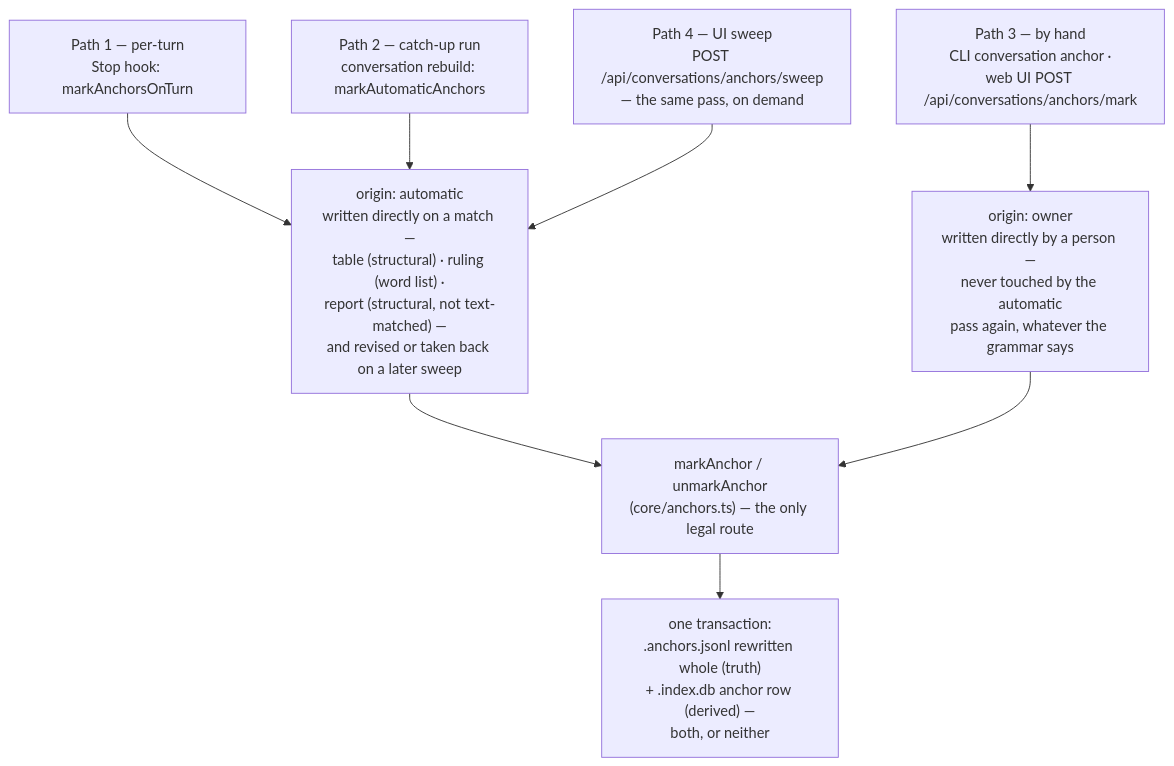
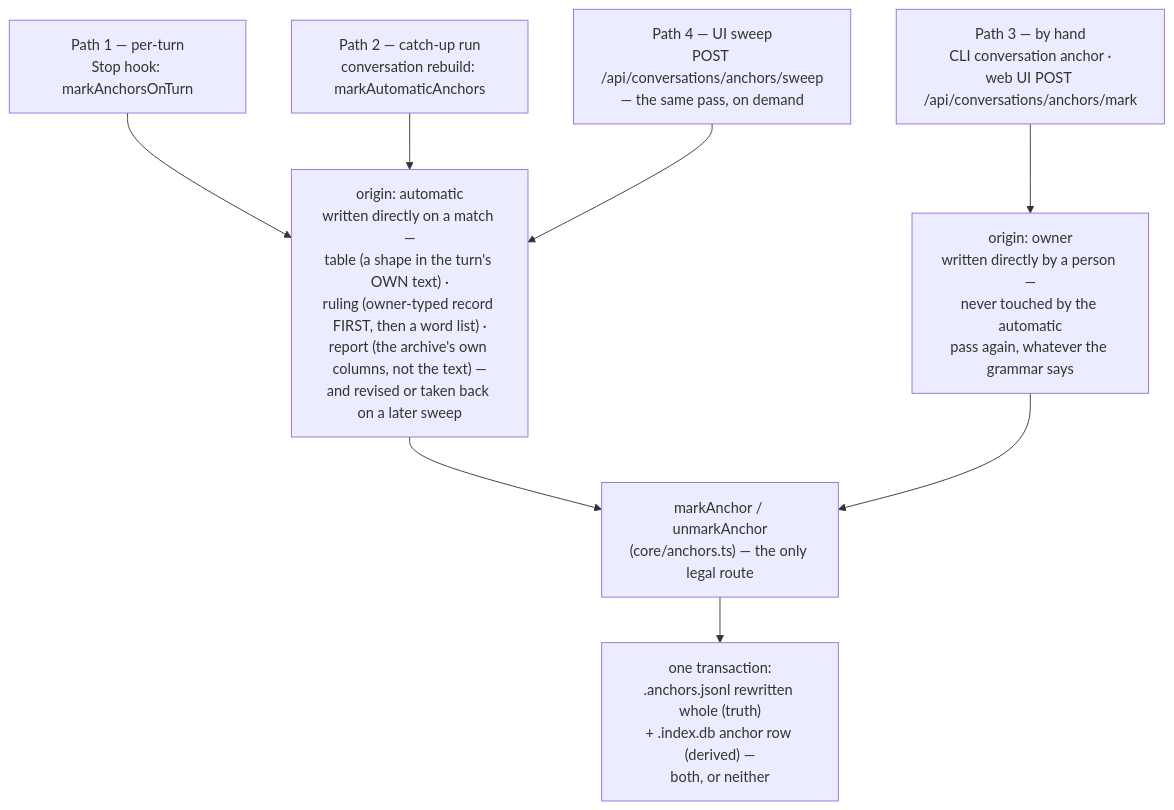
Before and after one commit to Dudi-Bar-On/my-context: the diagram in docs/capabilities/05-anchors.md, drawn with Mermaid. The commit also changed other lines of this file and 35 other files, not shown here.

````diff
--- a/docs/capabilities/05-anchors.md
+++ b/docs/capabilities/05-anchors.md
@@ -355,10 +368,10 @@
 ```mermaid
 flowchart TD
   P1["Path 1 — per-turn<br/>Stop hook: markAnchorsOnTurn"] --> AUTO
   P2["Path 2 — catch-up run<br/>conversation rebuild: markAutomaticAnchors"] --> AUTO
-  P4["Path 4 — UI sweep<br/>POST /api/conversations/anchors/sweep<br/>— the same pass, on demand"] --> AUTO["origin: automatic<br/>written directly on a match —<br/>table (structural) · ruling (word list) ·<br/>report (structural, not text-matched) —<br/>and revised or taken back on a later sweep"]
+  P4["Path 4 — UI sweep<br/>POST /api/conversations/anchors/sweep<br/>— the same pass, on demand"] --> AUTO["origin: automatic<br/>written directly on a match —<br/>table (a shape in the turn's OWN text) ·<br/>ruling (owner-typed record FIRST, then a word list) ·<br/>report (the archive's own columns, not the text) —<br/>and revised or taken back on a later sweep"]
   P3["Path 3 — by hand<br/>CLI conversation anchor ·<br/>web UI POST /api/conversations/anchors/mark"] --> OWNER["origin: owner<br/>written directly by a person —<br/>never touched by the automatic<br/>pass again, whatever the grammar says"]
   AUTO --> MARK["markAnchor / unmarkAnchor<br/>(core/anchors.ts) — the only legal route"]
   OWNER --> MARK
   MARK --> TXN["one transaction:<br/>.anchors.jsonl rewritten whole (truth)<br/>+ .index.db anchor row (derived) —<br/>both, or neither"]
 ```
````
